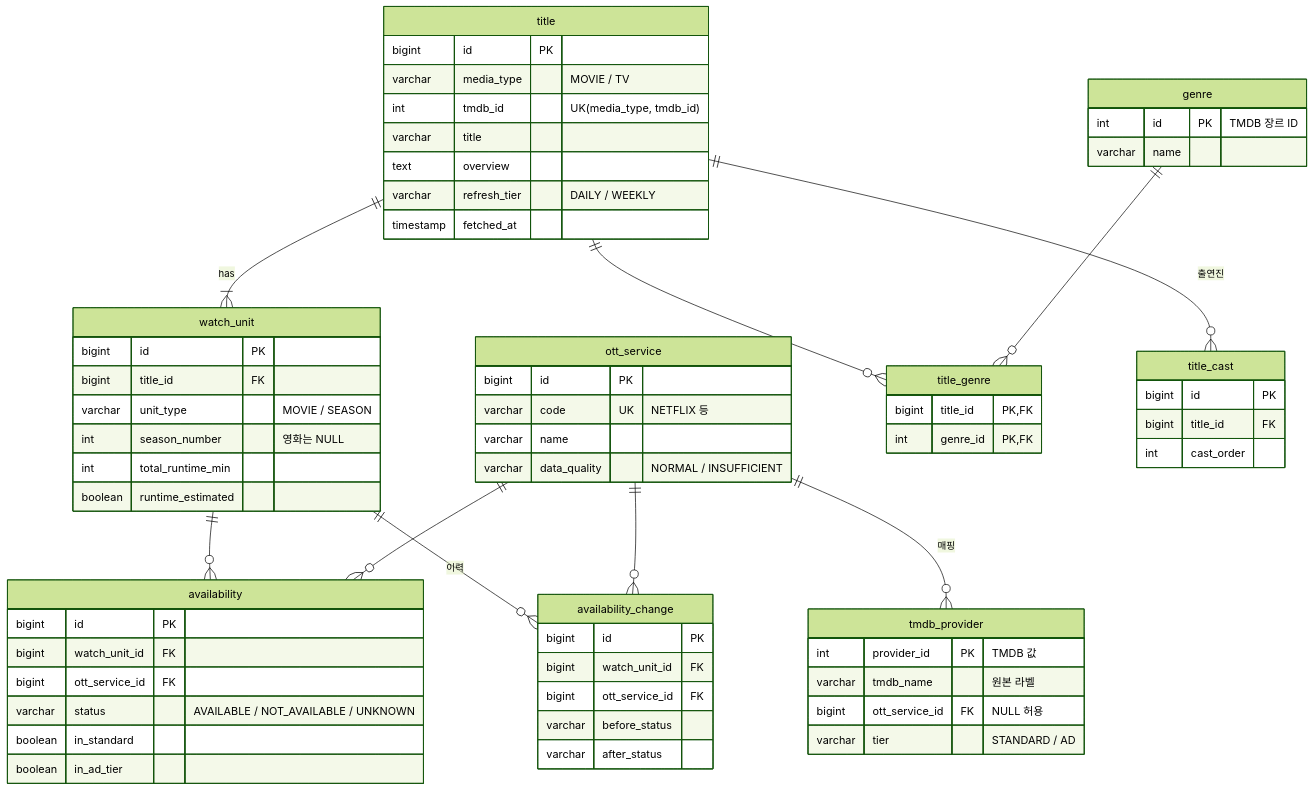
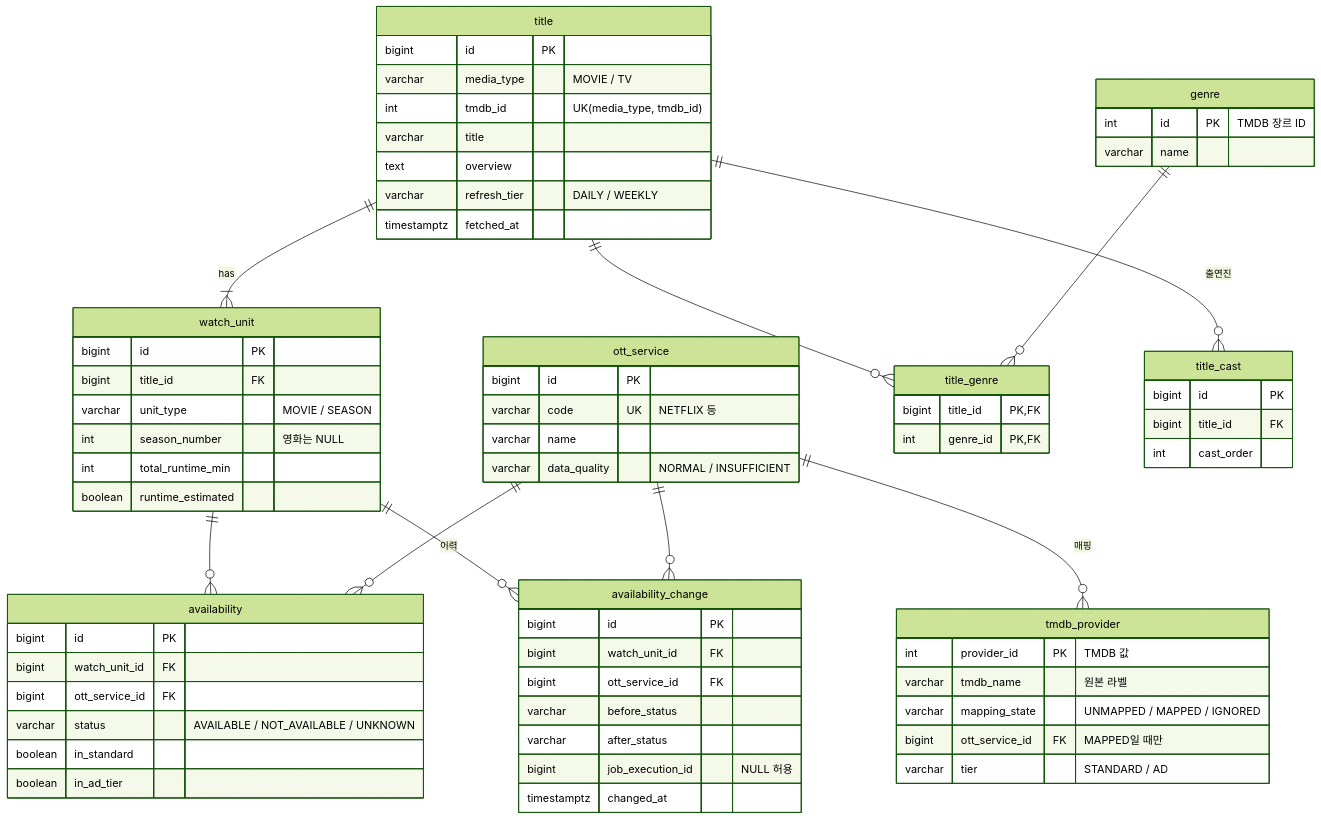
Before and after one commit to msw-Hub/ottnavi: the second of 5 diagrams in docs/ERD.md, drawn with Mermaid (forest theme). The commit also changed other lines of this file and 2 other files, not shown here.

First line of the commit message:
docs: Task 032 ERD v0.4 보정과 작업 안내서 추가

````diff
--- a/docs/ERD.md
+++ b/docs/ERD.md
@@ -39,69 +39,72 @@
 ```mermaid
 erDiagram
   ott_service ||--o{ tmdb_provider : "매핑"
   title ||--|{ watch_unit : "has"
   title ||--o{ title_genre : ""
   genre ||--o{ title_genre : ""
   title ||--o{ title_cast : "출연진"
   watch_unit ||--o{ availability : ""
   ott_service ||--o{ availability : ""
   watch_unit ||--o{ availability_change : "이력"
   ott_service ||--o{ availability_change : ""
   ott_service {
     bigint id PK
     varchar code UK "NETFLIX 등"
     varchar name
     varchar data_quality "NORMAL / INSUFFICIENT"
   }
   tmdb_provider {
     int provider_id PK "TMDB 값"
     varchar tmdb_name "원본 라벨"
-    bigint ott_service_id FK "NULL 허용"
+    varchar mapping_state "UNMAPPED / MAPPED / IGNORED"
+    bigint ott_service_id FK "MAPPED일 때만"
     varchar tier "STANDARD / AD"
   }
   title {
     bigint id PK
     varchar media_type "MOVIE / TV"
     int tmdb_id "UK(media_type, tmdb_id)"
     varchar title
     text overview
     varchar refresh_tier "DAILY / WEEKLY"
-    timestamp fetched_at
+    timestamptz fetched_at
   }
   watch_unit {
     bigint id PK
     bigint title_id FK
     varchar unit_type "MOVIE / SEASON"
     int season_number "영화는 NULL"
     int total_runtime_min
     boolean runtime_estimated
   }
   availability {
     bigint id PK
     bigint watch_unit_id FK
     bigint ott_service_id FK
     varchar status "AVAILABLE / NOT_AVAILABLE / UNKNOWN"
     boolean in_standard
     boolean in_ad_tier
   }
   availability_change {
     bigint id PK
     bigint watch_unit_id FK
     bigint ott_service_id FK
     varchar before_status
     varchar after_status
+    bigint job_execution_id "NULL 허용"
+    timestamptz changed_at
   }
   genre {
     int id PK "TMDB 장르 ID"
     varchar name
   }
   title_genre {
     bigint title_id PK, FK
     int genre_id PK, FK
   }
   title_cast {
     bigint id PK
     bigint title_id FK
     int cast_order
   }
 ```
````
